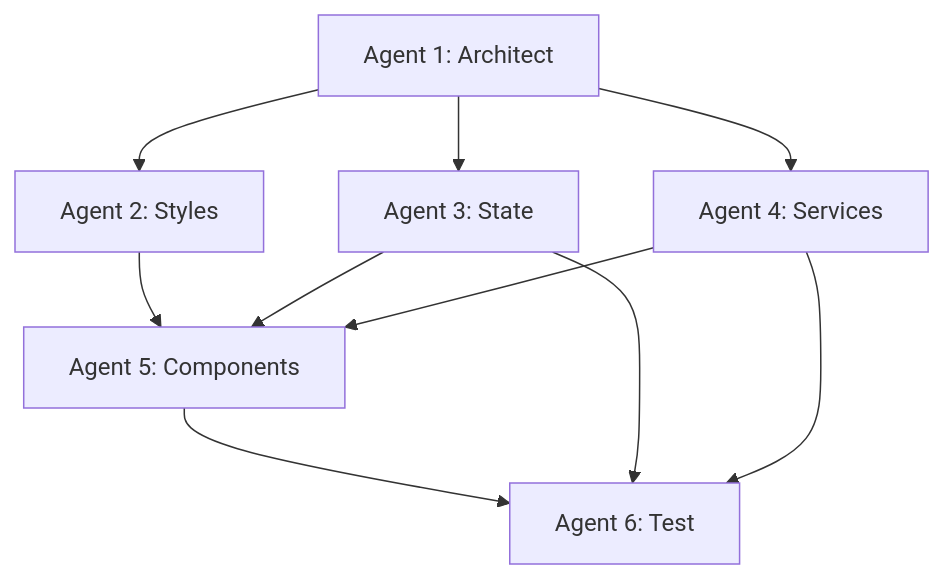
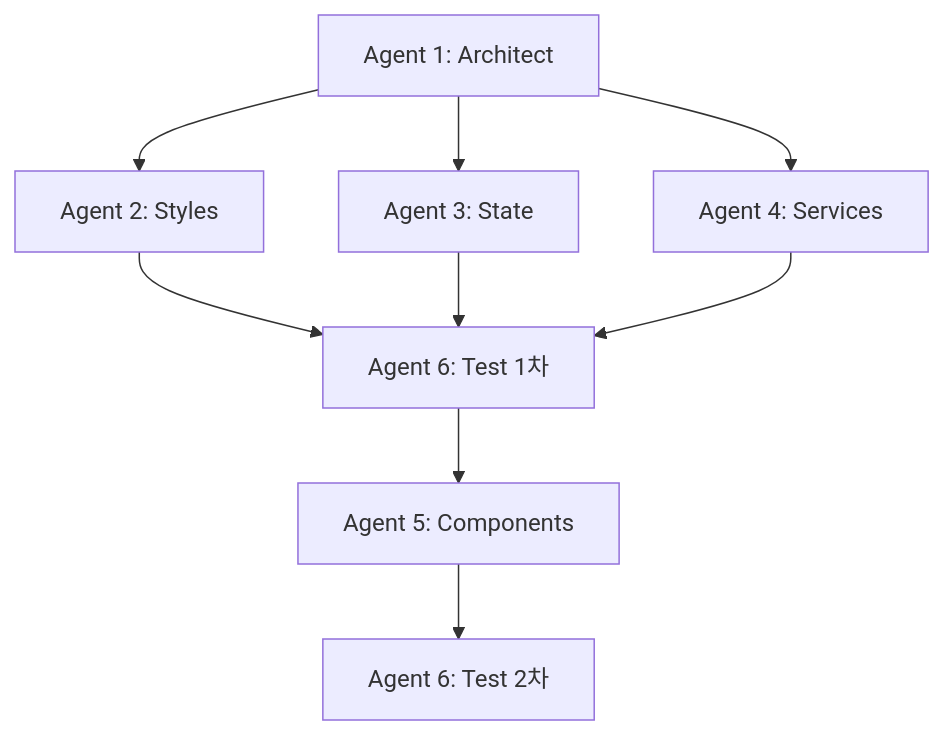
The diagram in .claude/AGENT_TEAMS.md (jm4293/us-stock-desk), drawn with Mermaid before and after one commit. The commit also changed other lines of this file and 9 other files, not shown here.

First line of the commit message:
chore: Agent Teams 설정 및 TDD 개발 워크플로우 구성

````diff
--- a/.claude/AGENT_TEAMS.md
+++ b/.claude/AGENT_TEAMS.md
@@ -7,12 +7,11 @@
 ```mermaid
 graph TD
     A[Agent 1: Architect] --> B[Agent 2: Styles]
     A --> C[Agent 3: State]
     A --> D[Agent 4: Services]
-    B --> E[Agent 5: Components]
-    C --> E
-    D --> E
-    E --> F[Agent 6: Test]
+    B --> F[Agent 6: Test 1차]
     C --> F
     D --> F
+    F --> E[Agent 5: Components]
+    E --> G[Agent 6: Test 2차]
 ```
````
